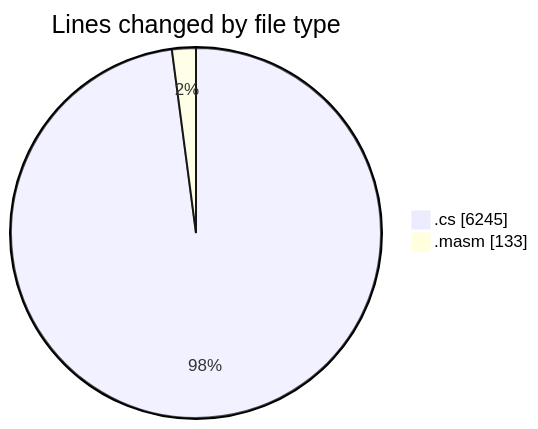
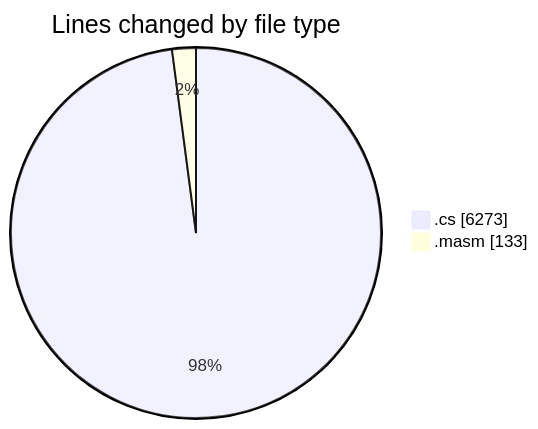
Before and after one commit to charlie-sans/code-tracking: the first of 2 diagrams in 2025-03-17/sharpmasm/README.md, drawn with Mermaid. The commit also changed other lines of this file and 1 other file, not shown here.

````diff
--- a/2025-03-17/sharpmasm/README.md
+++ b/2025-03-17/sharpmasm/README.md
@@ -28,6 +28,6 @@
 ```mermaid
 pie showData
 title Lines changed by file type
-".cs" : 6245
+".cs" : 6273
 ".masm" : 133
 ```
````
